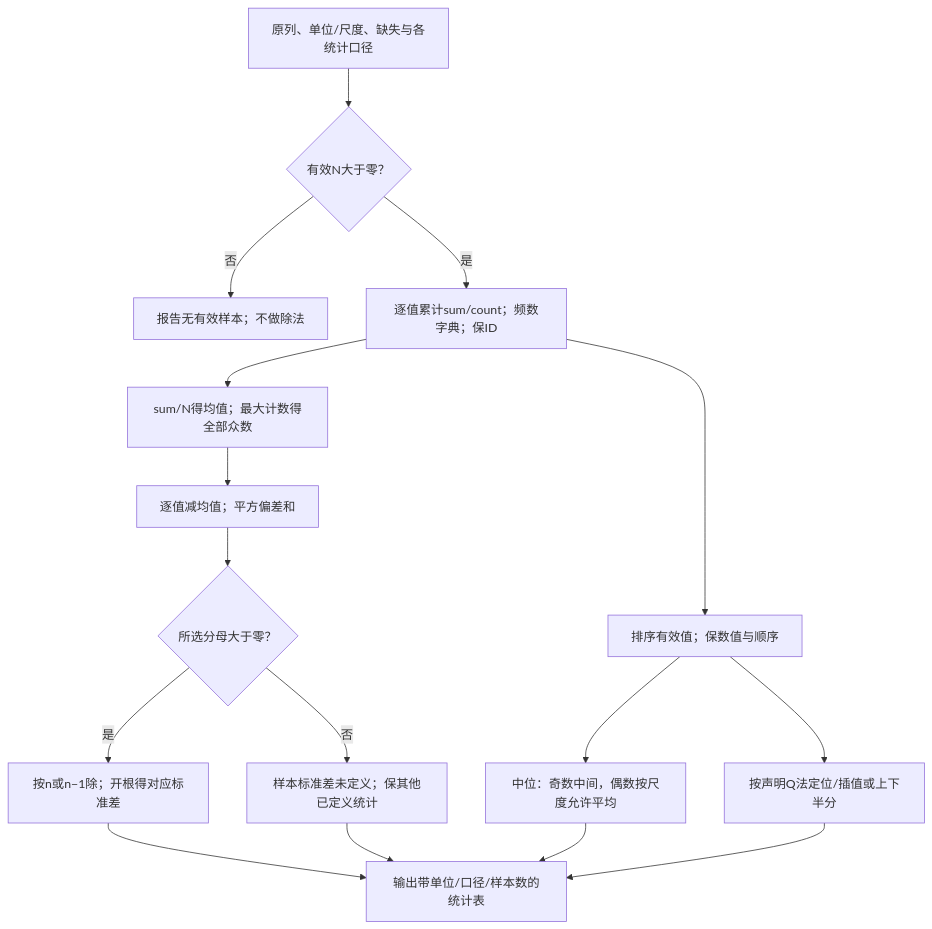
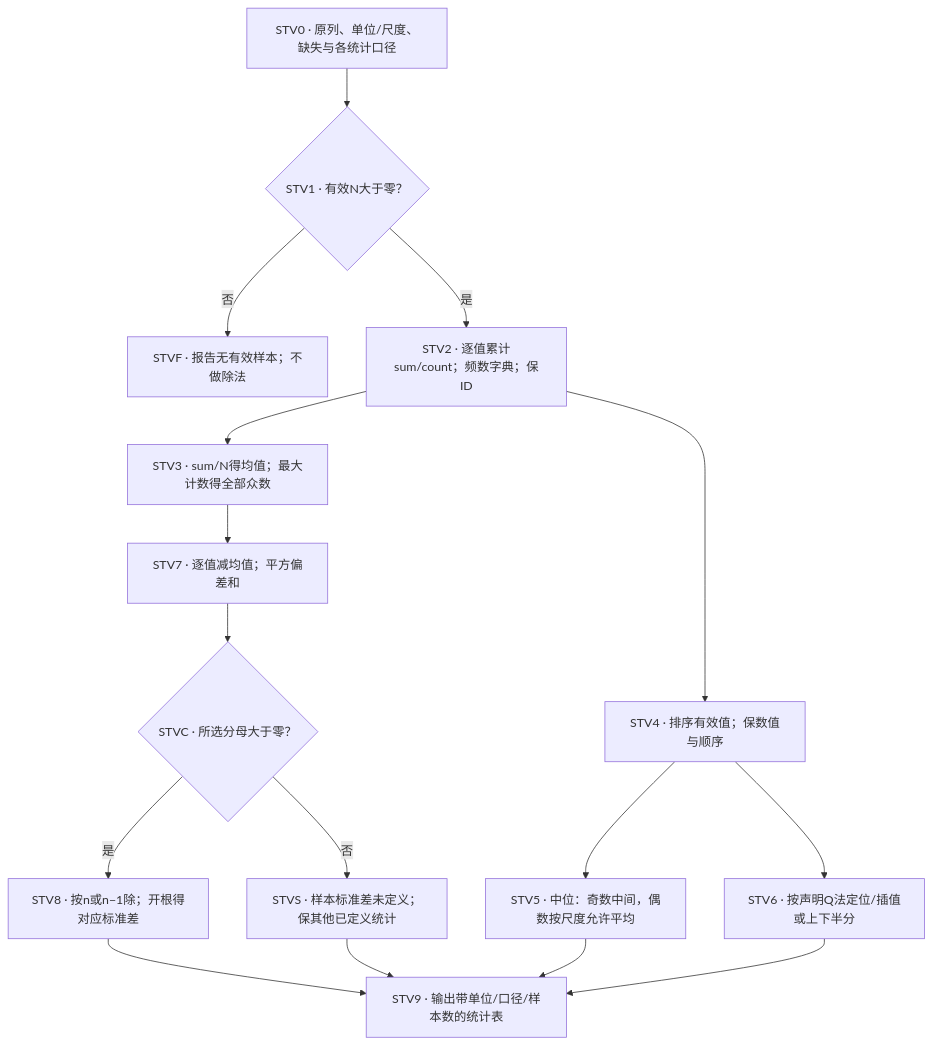
One commit to CercaTrovato/cityu-ai-course-notes changed the third of 20 diagrams in IS6400_Business_Data_Analytics/notes/M03-数据类型与描述性分析.md. Above: the diagram before and after it, drawn with Mermaid. The commit also changed other lines of this file and 40 other files, not shown here.

First line of the commit message:
完成 IS6400 M03 全篇审修、原题图保真与适用同步

````diff
--- a/IS6400_Business_Data_Analytics/notes/M03-数据类型与描述性分析.md
+++ b/IS6400_Business_Data_Analytics/notes/M03-数据类型与描述性分析.md
@@ -1433,18 +1565,18 @@
 ```mermaid
 flowchart TD
-    STV0["原列、单位/尺度、缺失与各统计口径"] --> STV1{"有效N大于零？"}
-    STV1 -->|否| STVF["报告无有效样本；不做除法"]
-    STV1 -->|是| STV2["逐值累计sum/count；频数字典；保ID"]
-    STV2 --> STV3["sum/N得均值；最大计数得全部众数"]
-    STV2 --> STV4["排序有效值；保数值与顺序"]
-    STV4 --> STV5["中位：奇数中间，偶数按尺度允许平均"]
-    STV4 --> STV6["按声明Q法定位/插值或上下半分"]
-    STV3 --> STV7["逐值减均值；平方偏差和"]
-    STV7 --> STVC{"所选分母大于零？"}
-    STVC -->|是| STV8["按n或n−1除；开根得对应标准差"]
-    STVC -->|否| STVS["样本标准差未定义；保其他已定义统计"]
+    STV0["STV0 · 原列、单位/尺度、缺失与各统计口径"] --> STV1{"STV1 · 有效N大于零？"}
+    STV1 -->|否| STVF["STVF · 报告无有效样本；不做除法"]
+    STV1 -->|是| STV2["STV2 · 逐值累计sum/count；频数字典；保ID"]
+    STV2 --> STV3["STV3 · sum/N得均值；最大计数得全部众数"]
+    STV2 --> STV4["STV4 · 排序有效值；保数值与顺序"]
+    STV4 --> STV5["STV5 · 中位：奇数中间，偶数按尺度允许平均"]
+    STV4 --> STV6["STV6 · 按声明Q法定位/插值或上下半分"]
+    STV3 --> STV7["STV7 · 逐值减均值；平方偏差和"]
+    STV7 --> STVC{"STVC · 所选分母大于零？"}
+    STVC -->|是| STV8["STV8 · 按n或n−1除；开根得对应标准差"]
+    STVC -->|否| STVS["STVS · 样本标准差未定义；保其他已定义统计"]
     STVS --> STV9
-    STV5 --> STV9["输出带单位/口径/样本数的统计表"]
+    STV5 --> STV9["STV9 · 输出带单位/口径/样本数的统计表"]
     STV6 --> STV9
     STV8 --> STV9
 ```
````
